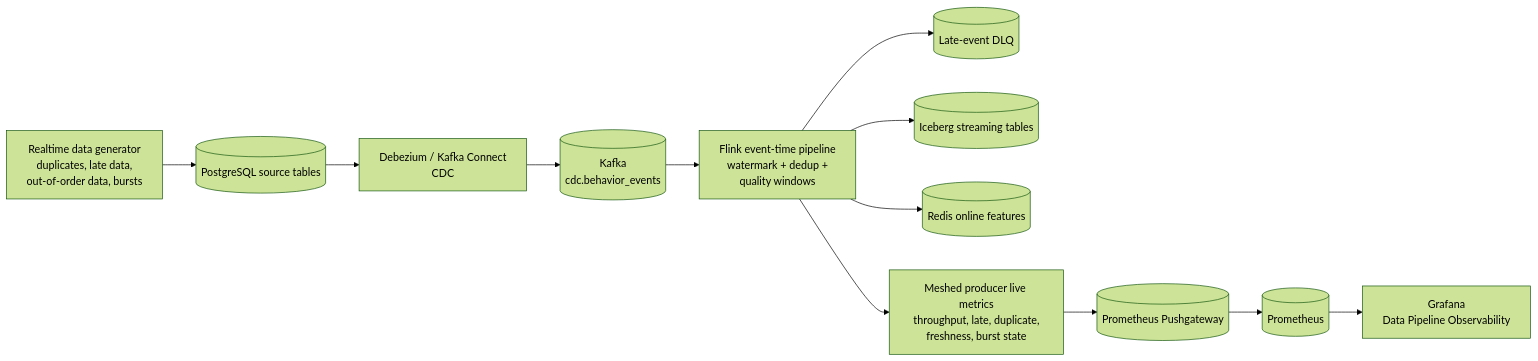
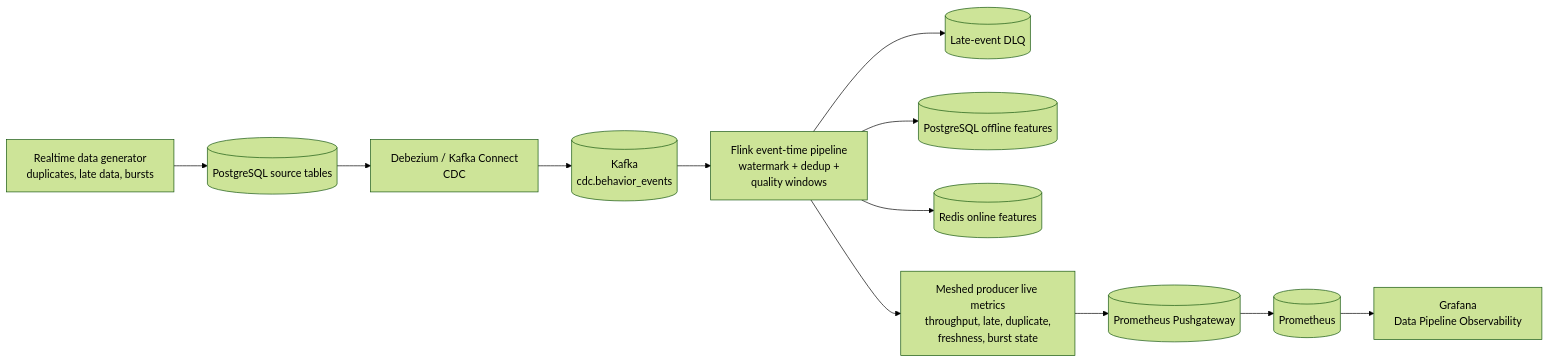
The first of 2 diagrams in docs/submission/rubic-(mini-coursework)/novel_ideas.md (itsmekhoathekid/RecSys-MLops), drawn with Mermaid (forest theme) before and after one commit. The commit also changed other lines of this file and 76 other files, not shown here.

Commit message:
refactor data-generator + docs

````diff
--- a/docs/submission/rubic-(mini-coursework)/novel_ideas.md
+++ b/docs/submission/rubic-(mini-coursework)/novel_ideas.md
@@ -18,21 +18,21 @@
 ```mermaid
 flowchart LR
-    GEN["Realtime data generator<br/>duplicates, late data,<br/>out-of-order data, bursts"]
+    GEN["Realtime data generator<br/>duplicates, late data, bursts"]
     PG[("PostgreSQL source tables")]
     CDC["Debezium / Kafka Connect<br/>CDC"]
     KAFKA[("Kafka<br/>cdc.behavior_events")]
     FLINK["Flink event-time pipeline<br/>watermark + dedup +<br/>quality windows"]
     DLQ[("Late-event DLQ")]
-    ICE[("Iceberg streaming tables")]
+    OFFLINE[("PostgreSQL offline features")]
     REDIS[("Redis online features")]
     METRICS["Meshed producer live metrics<br/>throughput, late, duplicate,<br/>freshness, burst state"]
     PUSH[("Prometheus Pushgateway")]
     PROM[("Prometheus")]
     GRAFANA["Grafana<br/>Data Pipeline Observability"]
 
     GEN --> PG --> CDC --> KAFKA --> FLINK
     FLINK --> DLQ
-    FLINK --> ICE
+    FLINK --> OFFLINE
     FLINK --> REDIS
     FLINK --> METRICS --> PUSH --> PROM --> GRAFANA
 ```
````
